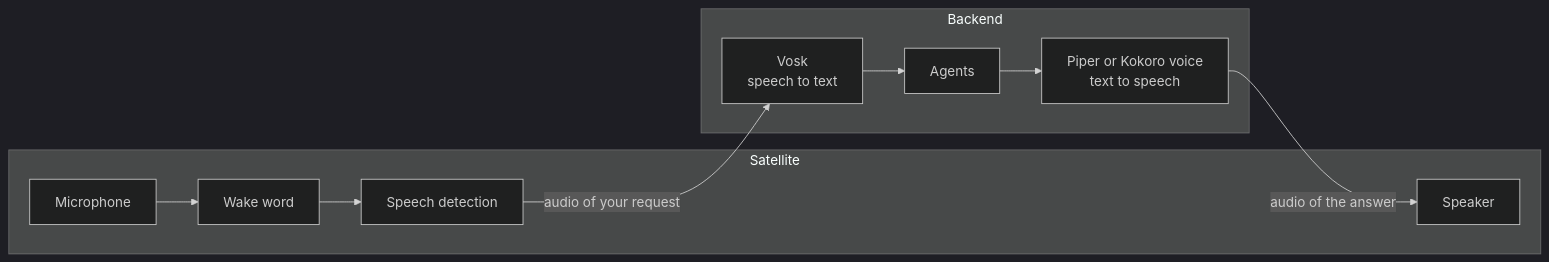
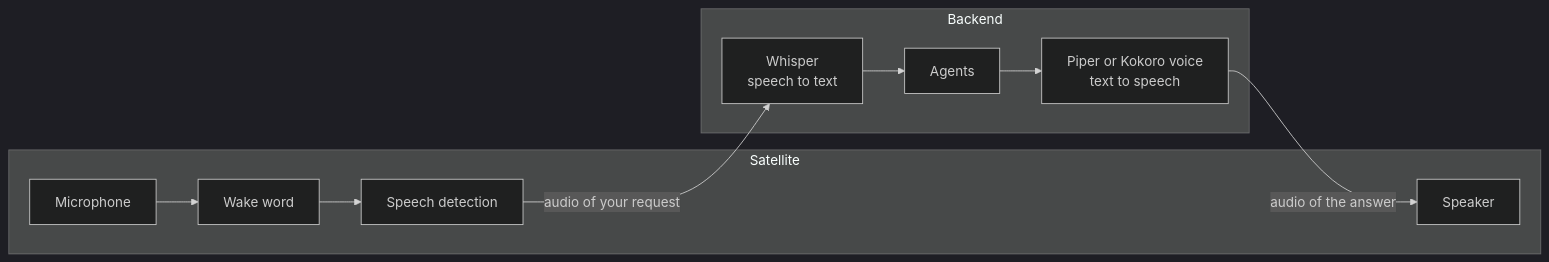
One commit to ambrogio-app/ambrogio-docs changed the diagram in src/content/docs/explanation/voice.md. Above: the diagram before and after it, drawn with Mermaid (dark theme). The commit also changed other lines of this file and 16 other files, not shown here.

````diff
--- a/src/content/docs/explanation/voice.md
+++ b/src/content/docs/explanation/voice.md
@@ -10,16 +10,16 @@
 ```mermaid
 flowchart LR
     subgraph sat[Satellite]
         MIC[Microphone] --> WW[Wake word]
         WW --> VAD[Speech detection]
         SPK[Speaker]
     end
     subgraph back[Backend]
-        STT[Vosk<br/>speech to text]
+        STT[Whisper<br/>speech to text]
         AG[Agents]
         TTS[Piper or Kokoro voice<br/>text to speech]
     end
     VAD -- "audio of your request" --> STT
     STT --> AG --> TTS
     TTS -- "audio of the answer" --> SPK
 ```
````
